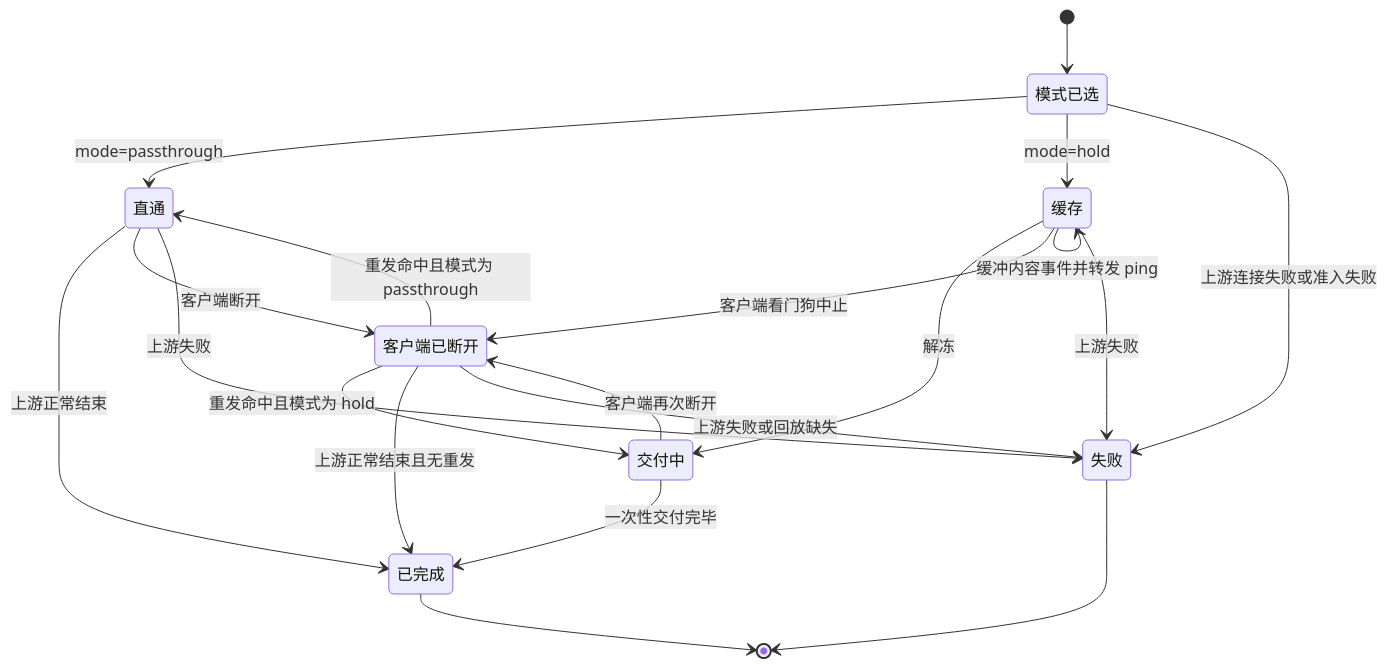
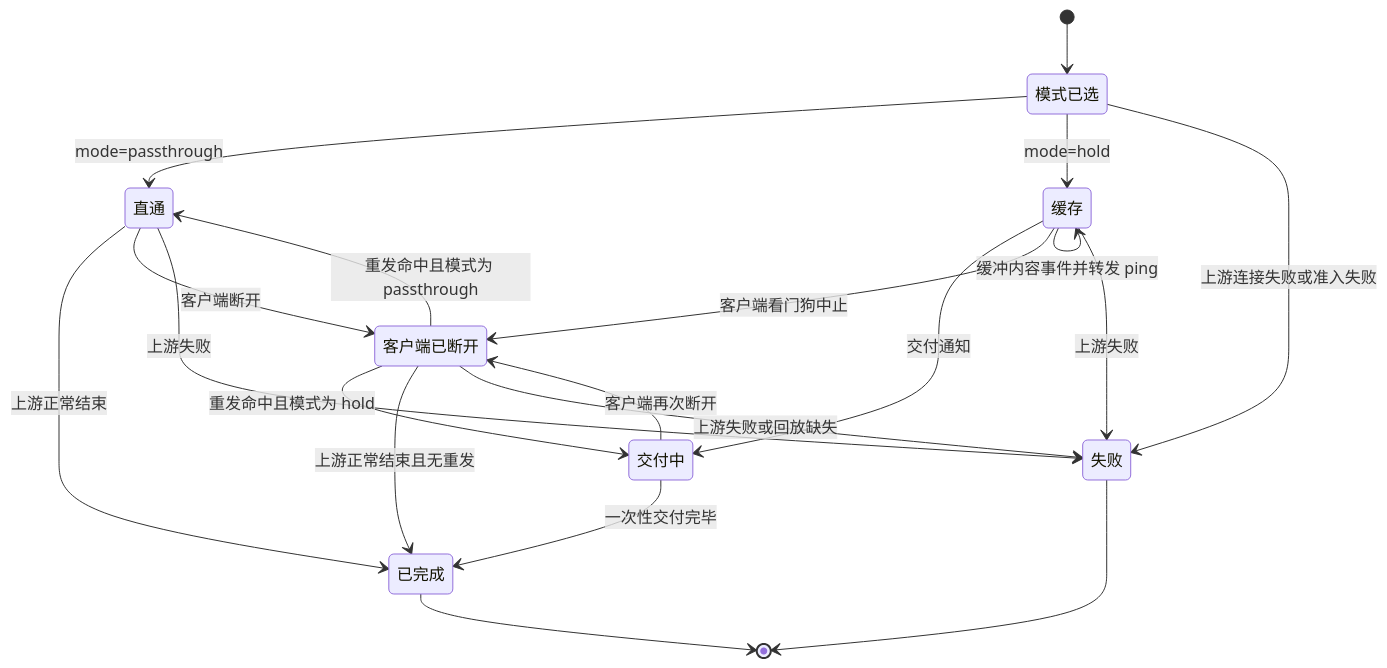
One commit to wangzw/castworks changed the first of 2 diagrams in docs/design/modules/warden/design-warden-llmproxy.md. Above: the diagram before and after it, drawn with Mermaid. The commit also changed other lines of this file and 35 other files, not shown here.

````diff
--- a/docs/design/modules/warden/design-warden-llmproxy.md
+++ b/docs/design/modules/warden/design-warden-llmproxy.md
@@ -147,30 +147,30 @@
 ```mermaid
 stateDiagram-v2
     state "模式已选" as Selected
     state "直通" as Passthrough
     state "缓存" as Hold
     state "客户端已断开" as Aborted
     state "交付中" as Delivering
     state "已完成" as Completed
     state "失败" as Failed
 
     [*] --> Selected
     Selected --> Passthrough: mode=passthrough
     Selected --> Hold: mode=hold
     Selected --> Failed: 上游连接失败或准入失败
     Passthrough --> Completed: 上游正常结束
     Passthrough --> Aborted: 客户端断开
     Passthrough --> Failed: 上游失败
     Hold --> Hold: 缓冲内容事件并转发 ping
-    Hold --> Delivering: 解冻
+    Hold --> Delivering: 交付通知
     Hold --> Aborted: 客户端看门狗中止
     Hold --> Failed: 上游失败
     Aborted --> Passthrough: 重发命中且模式为 passthrough
     Aborted --> Delivering: 重发命中且模式为 hold
     Aborted --> Completed: 上游正常结束且无重发
     Aborted --> Failed: 上游失败或回放缺失
     Delivering --> Completed: 一次性交付完毕
     Delivering --> Aborted: 客户端再次断开
     Completed --> [*]
     Failed --> [*]
 ```
````
